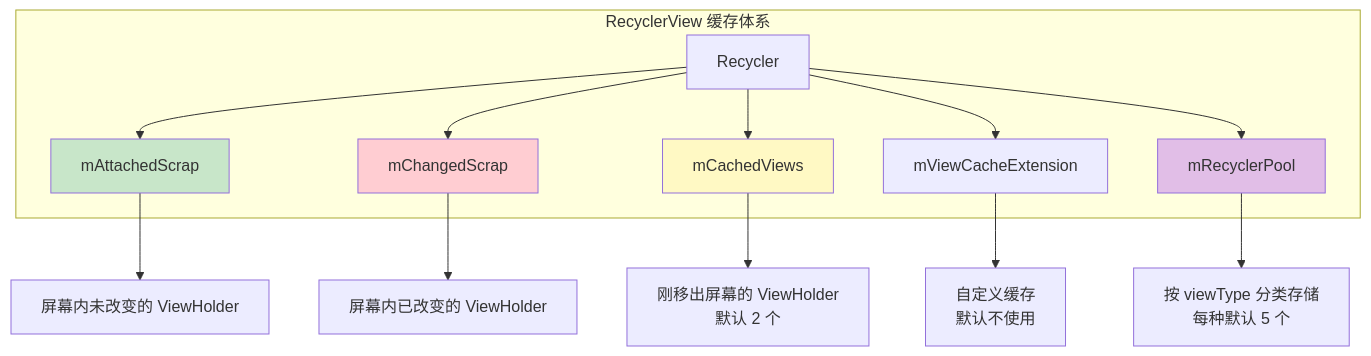
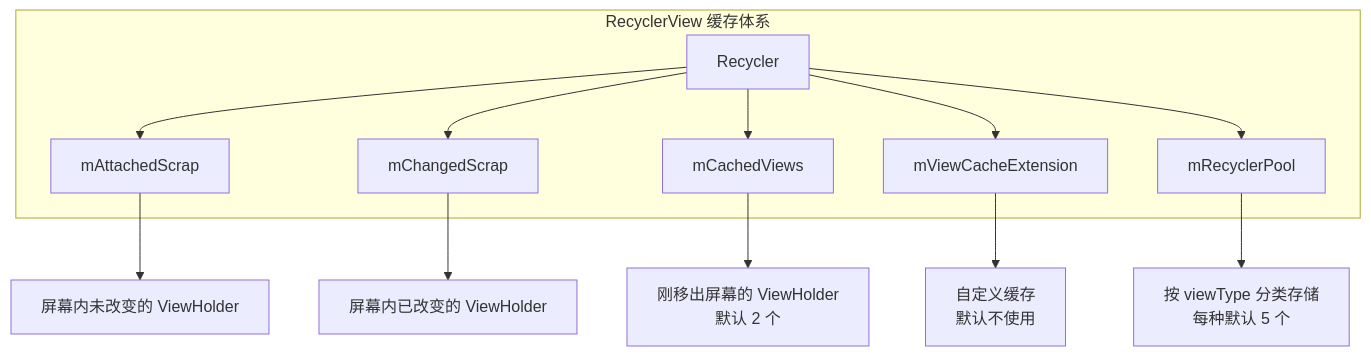
Before and after one commit to jiaxiangdong0309/StudyDocument: the diagram in Android/04_RecyclerView/2-进阶篇.md, drawn with Mermaid. The commit also changed 67 other files, not shown here.

````diff
--- a/Android/04_RecyclerView/2-进阶篇.md
+++ b/Android/04_RecyclerView/2-进阶篇.md
@@ -10,21 +10,17 @@
 ```mermaid
 graph TB
     subgraph "RecyclerView 缓存体系"
         A[Recycler] --> B[mAttachedScrap]
         A --> C[mChangedScrap]
         A --> D[mCachedViews]
         A --> E[mViewCacheExtension]
         A --> F[mRecyclerPool]
     end
 
     B --> B1["屏幕内未改变的 ViewHolder"]
     C --> C1["屏幕内已改变的 ViewHolder"]
     D --> D1["刚移出屏幕的 ViewHolder<br/>默认 2 个"]
     E --> E1["自定义缓存<br/>默认不使用"]
     F --> F1["按 viewType 分类存储<br/>每种默认 5 个"]
 
-    style B fill:#c8e6c9
-    style C fill:#ffcdd2
-    style D fill:#fff9c4
-    style F fill:#e1bee7
 ```
````
